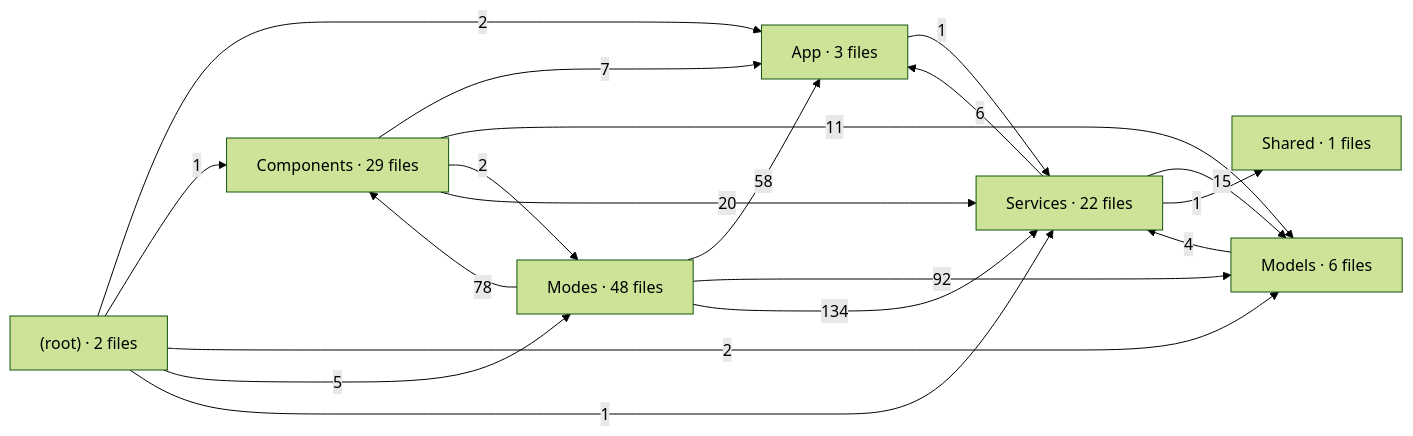
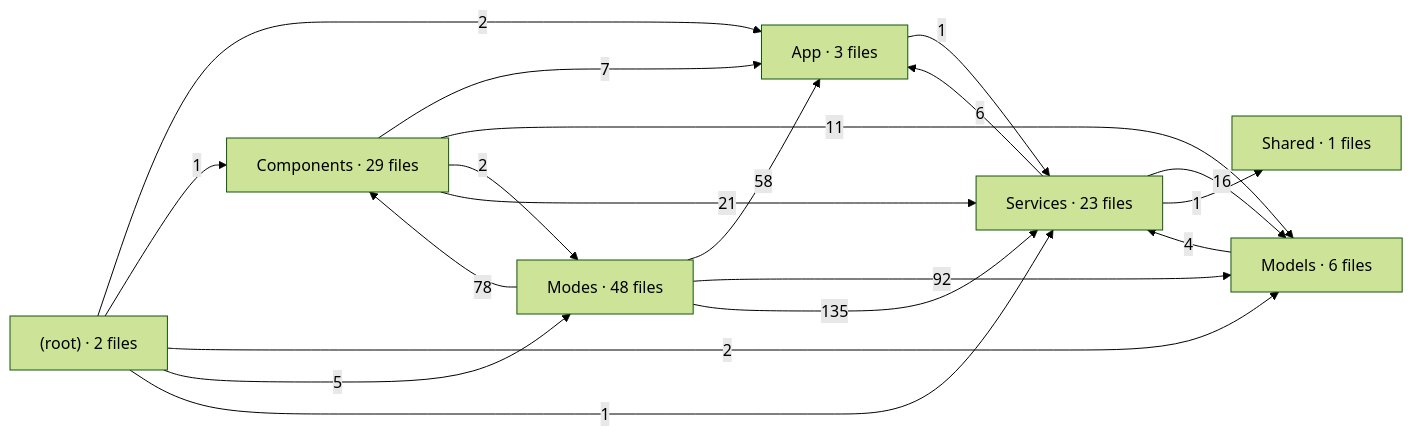
One commit to krocx/spatial-tapgging-app changed the diagram in docs/architecture/deps-app.mmd. Above: the diagram before and after it, drawn with Mermaid (forest theme). The commit also changed 11 other files, not shown here.

```diff
--- a/docs/architecture/deps-app.mmd
+++ b/docs/architecture/deps-app.mmd
@@ -1,28 +1,28 @@
 %% generated by scripts/arch-graph.mjs - do not edit
 flowchart LR
   %% ios-app - type references between folders (edge label = number of references)
   F__["(root) · 2 files"]
   F_App["App · 3 files"]
   F_Components["Components · 29 files"]
   F_Models["Models · 6 files"]
   F_Modes["Modes · 48 files"]
-  F_Services["Services · 22 files"]
+  F_Services["Services · 23 files"]
   F_Shared["Shared · 1 files"]
   F__ -->|2| F_App
   F__ -->|1| F_Components
   F__ -->|2| F_Models
   F__ -->|5| F_Modes
   F__ -->|1| F_Services
   F_App -->|1| F_Services
   F_Components -->|7| F_App
   F_Components -->|11| F_Models
   F_Components -->|2| F_Modes
-  F_Components -->|20| F_Services
+  F_Components -->|21| F_Services
   F_Models -->|4| F_Services
   F_Modes -->|58| F_App
   F_Modes -->|78| F_Components
   F_Modes -->|92| F_Models
-  F_Modes -->|134| F_Services
+  F_Modes -->|135| F_Services
   F_Services -->|6| F_App
-  F_Services -->|15| F_Models
+  F_Services -->|16| F_Models
   F_Services -->|1| F_Shared
```
